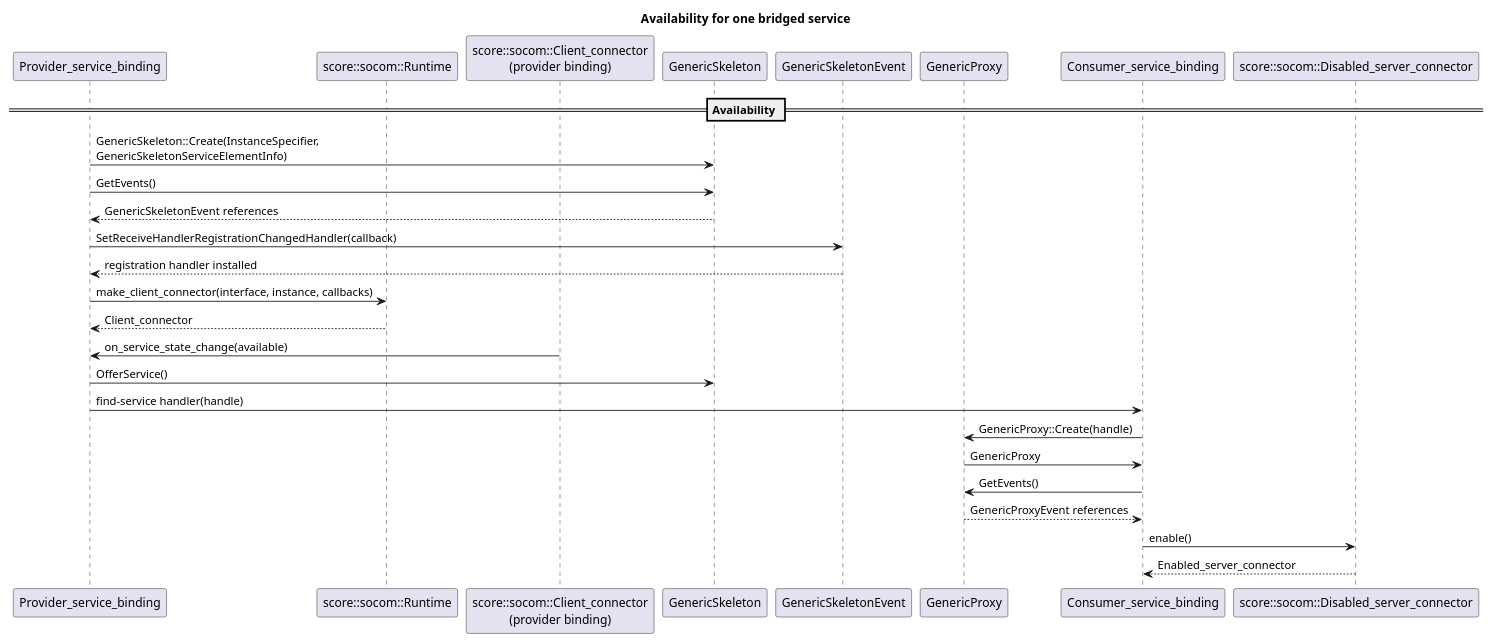
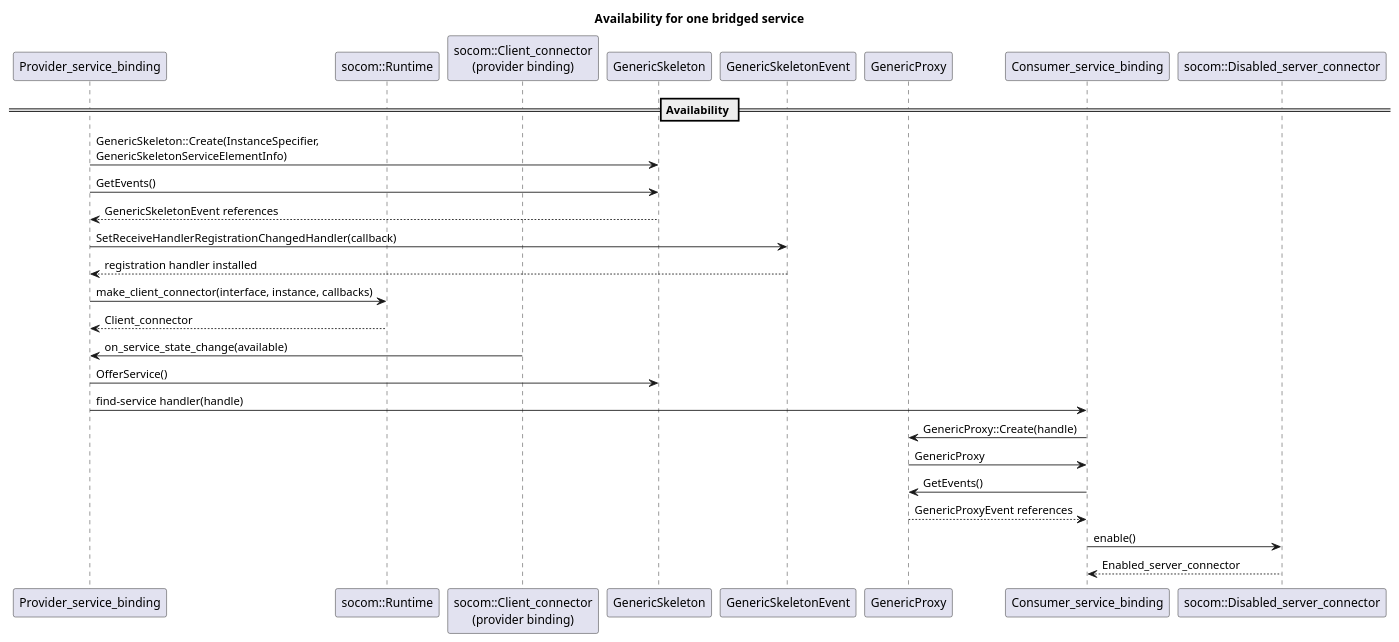
Before and after one commit to eclipse-score/inc_someip_gateway: the diagram in score/gateway_ipc_binding/docs/models/mw_com_event_availability.puml, drawn with PlantUML. The commit also changed 2 other files, not shown here.

```diff
--- a/score/gateway_ipc_binding/docs/models/mw_com_event_availability.puml
+++ b/score/gateway_ipc_binding/docs/models/mw_com_event_availability.puml
@@ -14,30 +14,30 @@
 @startuml
 title Availability for one bridged service
 
 participant "Provider_service_binding" as provider
-participant "score::socom::Runtime" as socom_runtime
-participant "score::socom::Client_connector\n(provider binding)" as provider_connector
+participant "socom::Runtime" as socom_runtime
+participant "socom::Client_connector\n(provider binding)" as provider_connector
 participant "GenericSkeleton" as skeleton
 participant "GenericSkeletonEvent" as skeleton_event
 participant "GenericProxy" as proxy
 participant "Consumer_service_binding" as consumer
-participant "score::socom::Disabled_server_connector" as disabled_connector
+participant "socom::Disabled_server_connector" as disabled_connector
 
 == Availability ==
 provider -> skeleton : GenericSkeleton::Create(InstanceSpecifier,\nGenericSkeletonServiceElementInfo)
 provider -> skeleton : GetEvents()
 skeleton --> provider : GenericSkeletonEvent references
 provider -> skeleton_event : SetReceiveHandlerRegistrationChangedHandler(callback)
 skeleton_event --> provider : registration handler installed
 provider -> socom_runtime : make_client_connector(interface, instance, callbacks)
 socom_runtime --> provider : Client_connector
 provider_connector -> provider : on_service_state_change(available)
 provider -> skeleton : OfferService()
 provider -> consumer : find-service handler(handle)
 consumer -> proxy : GenericProxy::Create(handle)
 proxy -> consumer : GenericProxy
 consumer -> proxy : GetEvents()
 proxy --> consumer : GenericProxyEvent references
 consumer -> disabled_connector : enable()
 disabled_connector --> consumer : Enabled_server_connector
 @enduml
```
